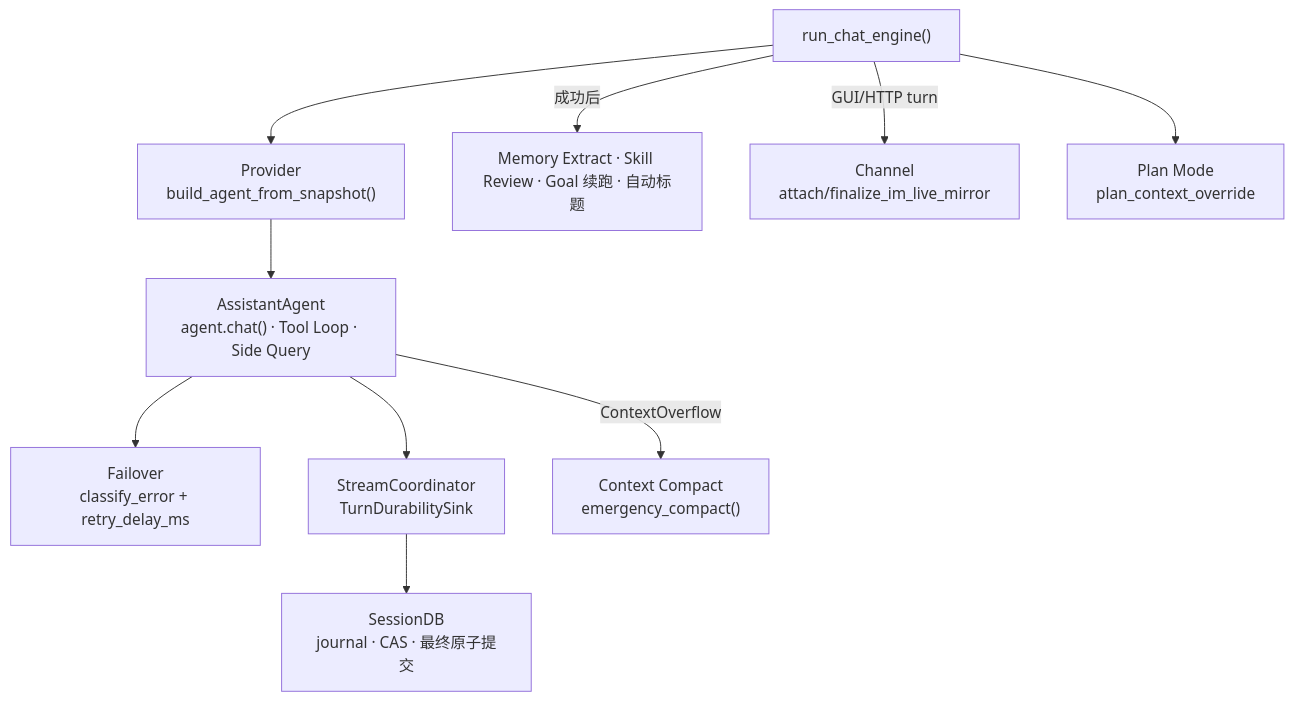
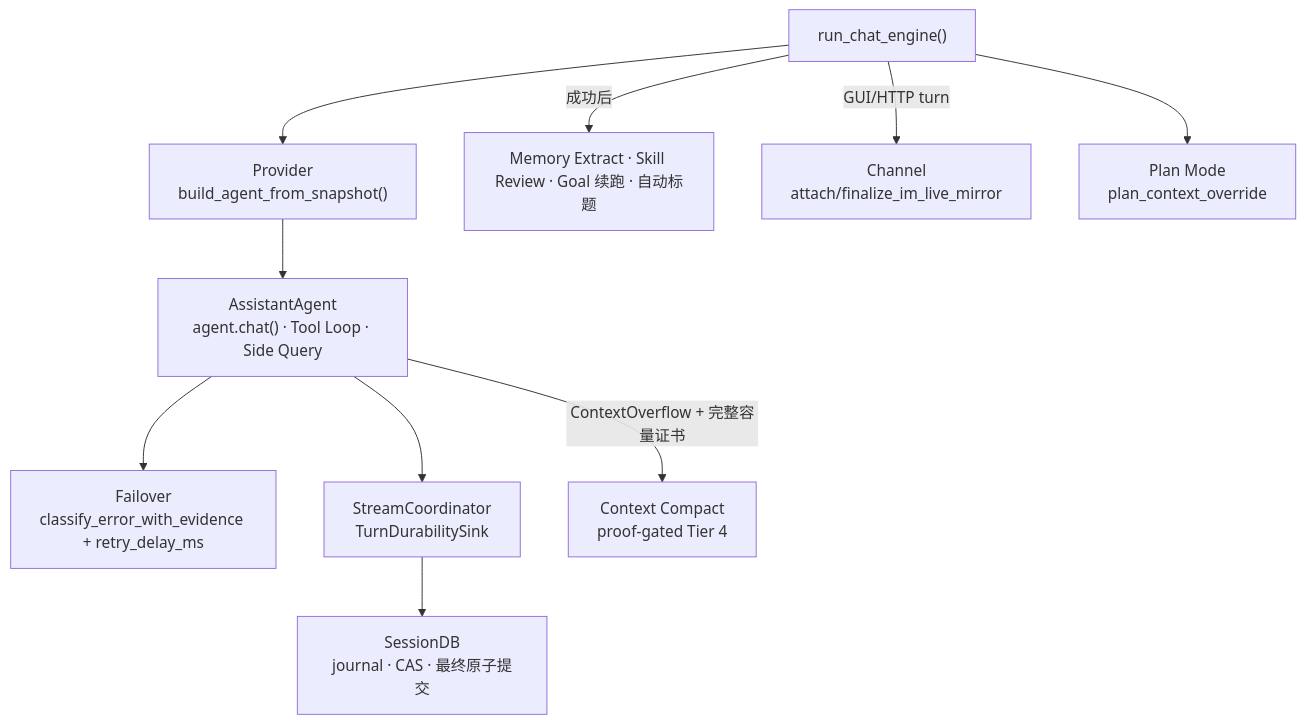
The seventh of 7 diagrams in mirrors/repos/shiwenwen@hope-agent/docs/architecture/core/chat-engine.md (gabrielmoreira/agent-skills-mirror), drawn with Mermaid before and after one commit. The commit also changed other lines of this file and 1493 other files, not shown here.

````diff
--- a/mirrors/repos/shiwenwen@hope-agent/docs/architecture/core/chat-engine.md
+++ b/mirrors/repos/shiwenwen@hope-agent/docs/architecture/core/chat-engine.md
@@ -732,14 +741,14 @@
 ```mermaid
 flowchart TB
     Engine["run_chat_engine()"]
 
     Engine --> Prov["Provider<br/>build_agent_from_snapshot()"]
     Prov --> Agent["AssistantAgent<br/>agent.chat() · Tool Loop · Side Query"]
-    Agent --> Fail["Failover<br/>classify_error + retry_delay_ms"]
+    Agent --> Fail["Failover<br/>classify_error_with_evidence + retry_delay_ms"]
     Agent --> Coord["StreamCoordinator<br/>TurnDurabilitySink"]
     Coord --> DB["SessionDB<br/>journal · CAS · 最终原子提交"]
-    Agent -->|ContextOverflow| Compact["Context Compact<br/>emergency_compact()"]
+    Agent -->|"ContextOverflow + 完整容量证书"| Compact["Context Compact<br/>proof-gated Tier 4"]
     Engine -->|成功后| Post["Memory Extract · Skill Review · Goal 续跑 · 自动标题"]
     Engine -->|GUI/HTTP turn| Mirror["Channel<br/>attach/finalize_im_live_mirror"]
     Engine --> Plan["Plan Mode<br/>plan_context_override"]
 ```
````
